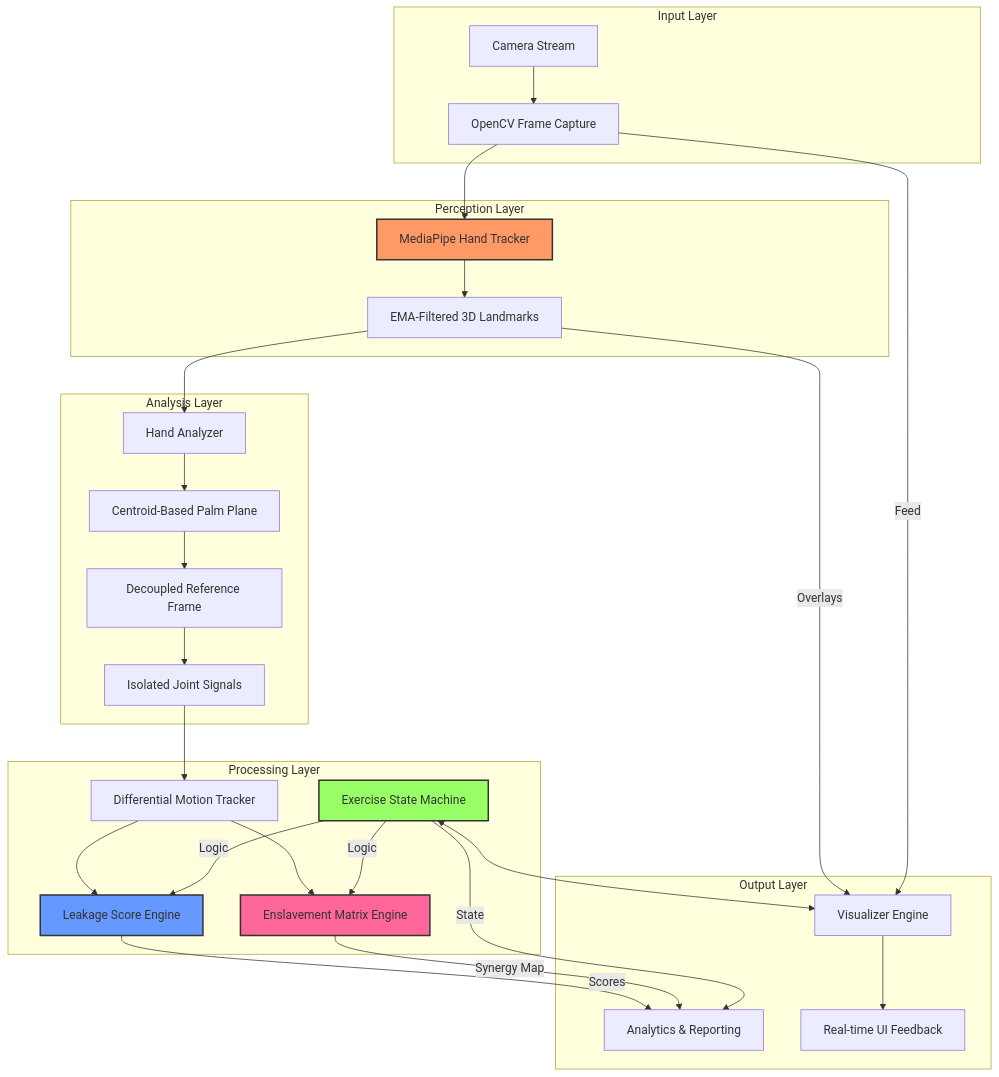
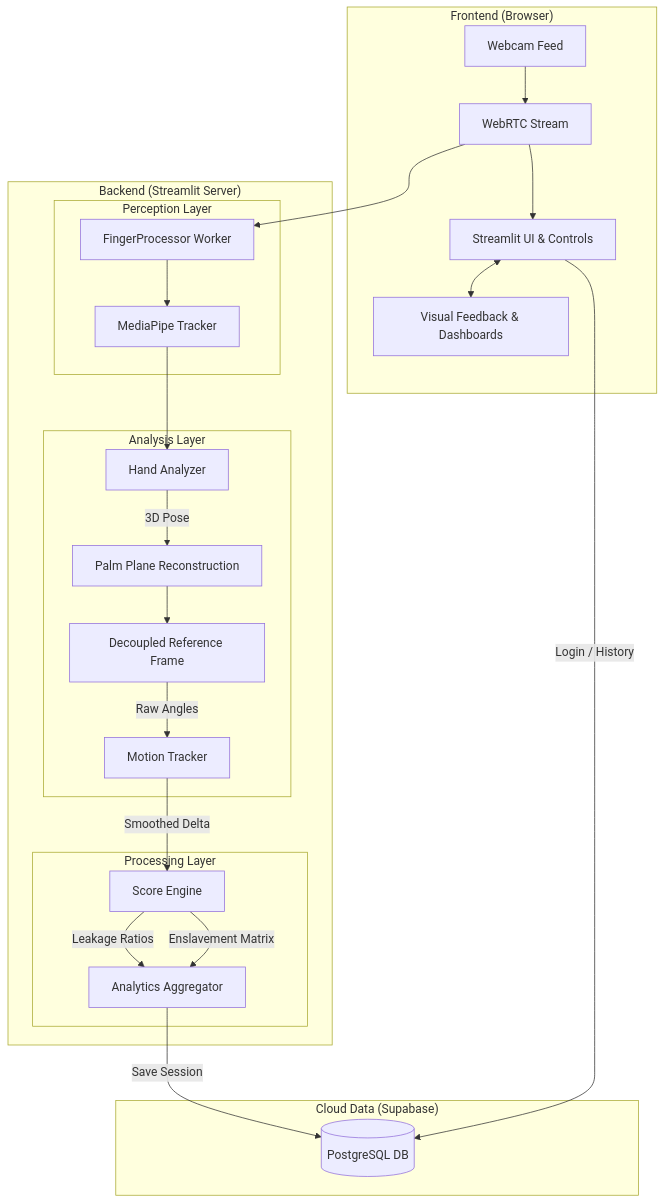
One commit to sadhumitha-s/finger-independence changed the diagram in README.md. Above: the diagram before and after it, drawn with Mermaid. The commit also changed other lines of this file, not shown here.

````diff
--- a/README.md
+++ b/README.md
@@ -154,41 +147,34 @@
 ```mermaid
 graph TD
-    subgraph "Input Layer"
-        A[Camera Stream] --> B[OpenCV Frame Capture]
+    subgraph "Frontend (Browser)"
+        A[Webcam Feed] --> B[WebRTC Stream]
+        B --> C[Streamlit UI & Controls]
+        C <--> N[Visual Feedback & Dashboards]
     end
 
-    subgraph "Perception Layer"
-        B --> C[MediaPipe Hand Tracker]
-        C --> D[EMA-Filtered 3D Landmarks]
+    subgraph "Backend (Streamlit Server)"
+        B --> D[FingerProcessor Worker]
+        
+        subgraph "Perception Layer"
+            D --> E[MediaPipe Tracker]
+        end
+        
+        subgraph "Analysis Layer"
+            E --> F[Hand Analyzer]
+            F -->|3D Pose| F1[Palm Plane Reconstruction]
+            F1 --> F2[Decoupled Reference Frame]
+            F2 -->|Raw Angles| G1
+        end
+
+        subgraph "Processing Layer"
+            G1[Motion Tracker] -->|Smoothed Delta| G2[Score Engine]
+            G2 -->|Leakage Ratios| H[Analytics Aggregator]
+            G2 -->|Enslavement Matrix| H
+        end
     end
 
-    subgraph "Analysis Layer"
-        D --> E[Hand Analyzer]
-        E --> F[Centroid-Based Palm Plane]
-        F --> G[Decoupled Reference Frame]
-        G --> H[Isolated Joint Signals]
+    subgraph "Cloud Data (Supabase)"
+        H -- Save Session --> I[(PostgreSQL DB)]
+        C -- Login / History --> I
     end
-
-    subgraph "Processing Layer"
-        H --> I[Differential Motion Tracker]
-        I --> J[Leakage Score Engine]
-        I --> P[Enslavement Matrix Engine]
-        K["Exercise State Machine"] -- Logic --> J
-        K -- Logic --> P
-    end
-
-    subgraph "Output Layer"
-        J -- Scores --> N[Analytics & Reporting]
-        P -- Synergy Map --> N
-        K -- State --> N
-        K <--> M[Visualizer Engine]
-        D -- Overlays --> M
-        B -- Feed --> M
-        M --> O[Real-time UI Feedback]
-    end
-
-    style C fill:#f96,stroke:#333,stroke-width:2px
-    style J fill:#69f,stroke:#333,stroke-width:2px
-    style P fill:#f69,stroke:#333,stroke-width:2px
-    style K fill:#9f6,stroke:#333,stroke-width:2px
 ```
````
